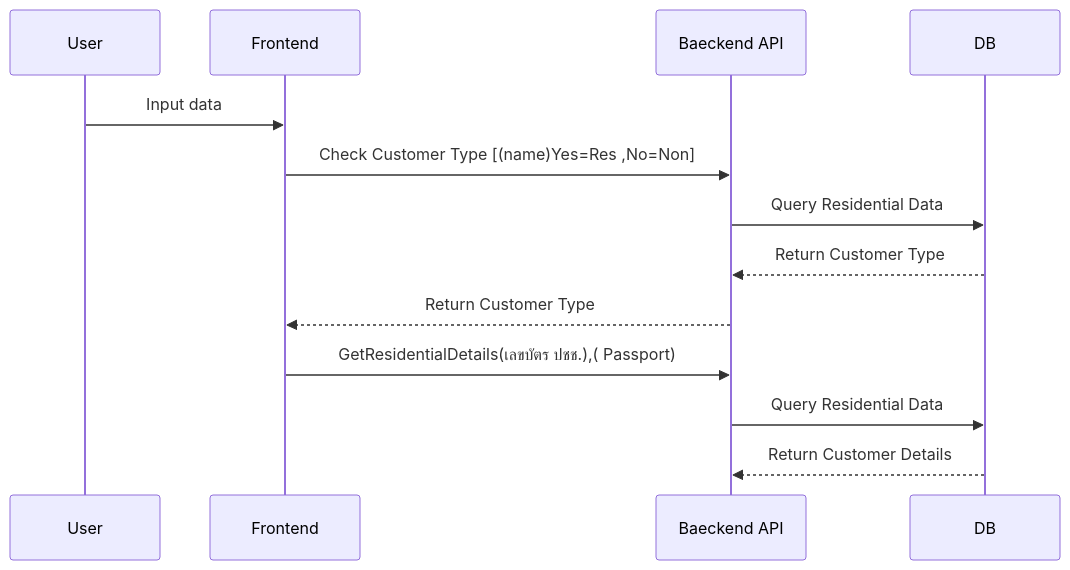
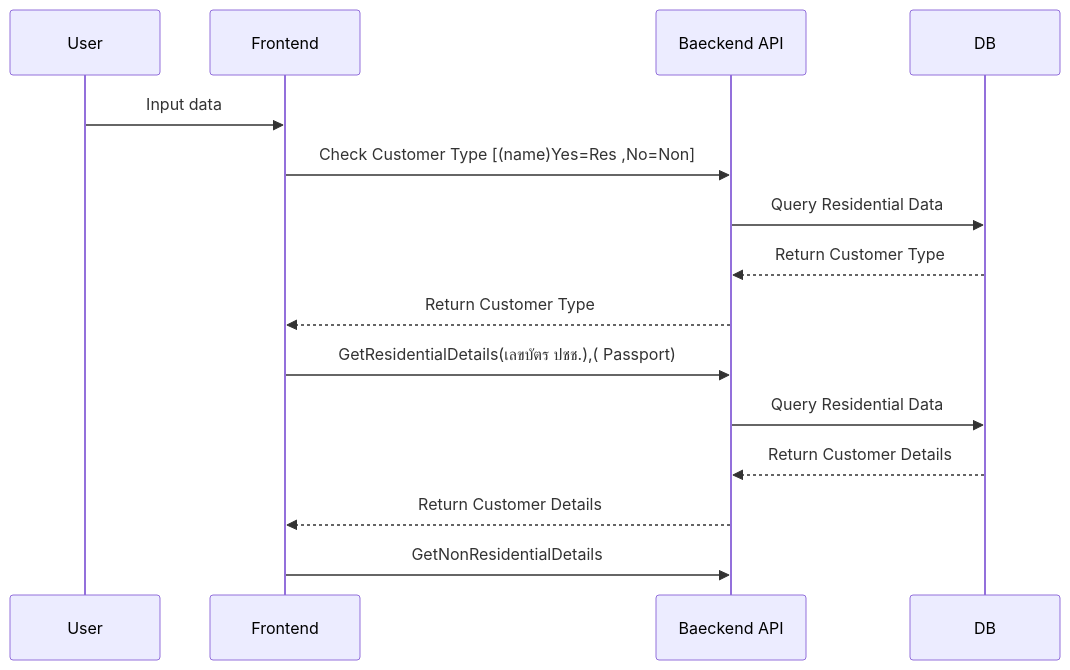
Before and after one commit to nalathip112/mermaid-diagram-design: the third of 3 diagrams in README.md, drawn with Mermaid.

````diff
--- a/README.md
+++ b/README.md
@@ -27,12 +27,17 @@
 ``` mermaid
 sequenceDiagram
 User->>Frontend: Input data
 Frontend->>Baeckend API: Check Customer Type [(name)Yes=Res ,No=Non]
 Baeckend API->>DB: Query Residential Data
 DB-->>Baeckend API: Return Customer Type
 Baeckend API-->>Frontend:  Return Customer Type
 
 Frontend->>Baeckend API: GetResidentialDetails(เลขบัตร ปชช.),( Passport)
 Baeckend API->>DB: Query Residential Data
 DB-->>Baeckend API: Return Customer Details
+Baeckend API-->>Frontend: Return Customer Details
+
+Frontend->>Baeckend API: GetNonResidentialDetails
+
+
 ```
````
